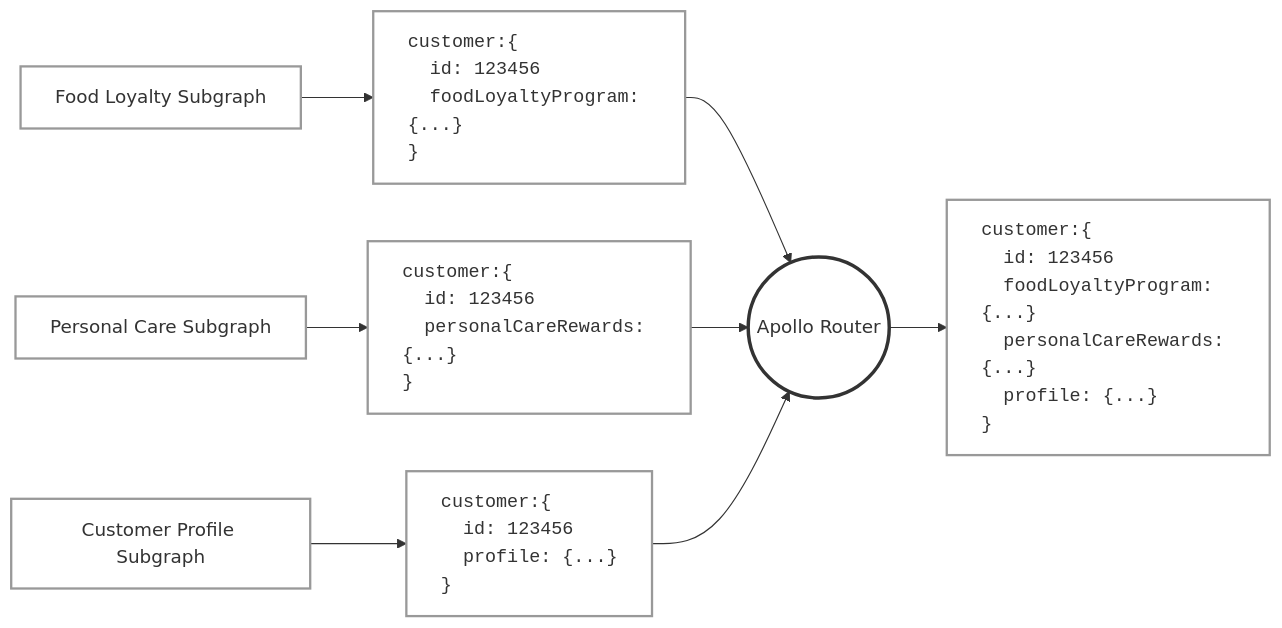
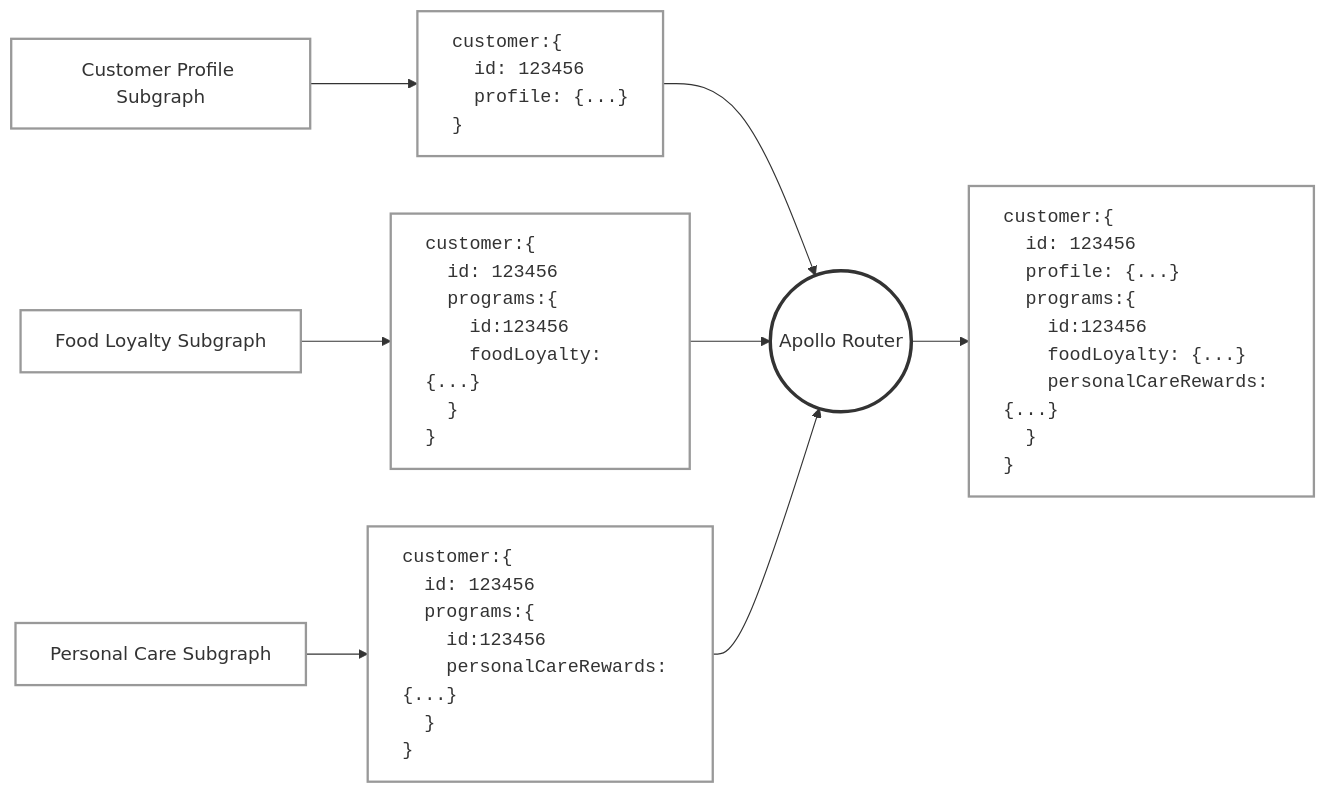
Before and after one commit to bcdxn/bcdxn.github.io: the third of 4 diagrams in _posts/2026-10-07-graphql-mutation-namespacing.md, drawn with Mermaid. The commit also changed other lines of this file, not shown here.

Commit message:
fix: diagrams

```diff
--- a/_posts/2026-10-07-graphql-mutation-namespacing.md
+++ b/_posts/2026-10-07-graphql-mutation-namespacing.md
@@ -203,31 +225,31 @@
 <pre class="mermaid">
 %%{init: {'themeVariables': { 'edgeLabelBackground': '#fff'}}}%%
 flowchart LR
   classDef default fill:none,stroke-width:2px
   classDef grouping fill:none,stroke:#999,stroke-width:2px
   classDef user fill:none,stroke:#333,stroke-width:3px
   classDef response font-family:monospace,text-align:left
 
   food[Food Loyalty Subgraph]
   personal[Personal Care Subgraph]
   profile[Customer Profile Subgraph]
 
-  foodResponse["customer:{<br/>&nbsp;&nbsp;id: 123456<br/>&nbsp;&nbsp;foodLoyaltyProgram: {...}<br/>}"]
-  personalResponse["customer:{<br/>&nbsp;&nbsp;id: 123456<br/>&nbsp;&nbsp;personalCareRewards: {...}<br/>}"]
   profileResponse["customer:{<br/>&nbsp;&nbsp;id: 123456<br/>&nbsp;&nbsp;profile: {...}<br/>}"]
+  foodResponse["customer:{<br/>&nbsp;&nbsp;id: 123456<br/>&nbsp;&nbsp;programs:{<br/>&nbsp;&nbsp;&nbsp;&nbsp;id:123456<br/>&nbsp;&nbsp;&nbsp;&nbsp;foodLoyalty: {...}<br/>&nbsp;&nbsp;}<br/>}"]
+  personalResponse["customer:{<br/>&nbsp;&nbsp;id: 123456<br/>&nbsp;&nbsp;programs:{<br/>&nbsp;&nbsp;&nbsp;&nbsp;id:123456<br/>&nbsp;&nbsp;&nbsp;&nbsp;personalCareRewards: {...}<br/>&nbsp;&nbsp;}<br/>}"]
 
   router((Apollo Router))
-  merged["customer:{<br/>&nbsp;&nbsp;id: 123456<br/>&nbsp;&nbsp;foodLoyaltyProgram: {...}<br/>&nbsp;&nbsp;personalCareRewards: {...}<br/>&nbsp;&nbsp;profile: {...}<br/>}"]
+  merged["customer:{<br/>&nbsp;&nbsp;id: 123456<br/>&nbsp;&nbsp;profile: {...}<br/>&nbsp;&nbsp;programs:{<br/>&nbsp;&nbsp;&nbsp;&nbsp;id:123456<br/>&nbsp;&nbsp;&nbsp;&nbsp;foodLoyalty: {...}<br/>&nbsp;&nbsp;&nbsp;&nbsp;personalCareRewards: {...}<br/>&nbsp;&nbsp;}<br/>}"]
 
+  profile --> profileResponse --> router
   food --> foodResponse --> router
   personal --> personalResponse --> router
-  profile --> profileResponse --> router
   router --> merged
 
   class food,personal,profile,foodResponse,personalResponse,profileResponse,merged grouping
   class router user
   class foodResponse response
   class personalResponse response
   class profileResponse response
   class merged response
 </pre>
```
